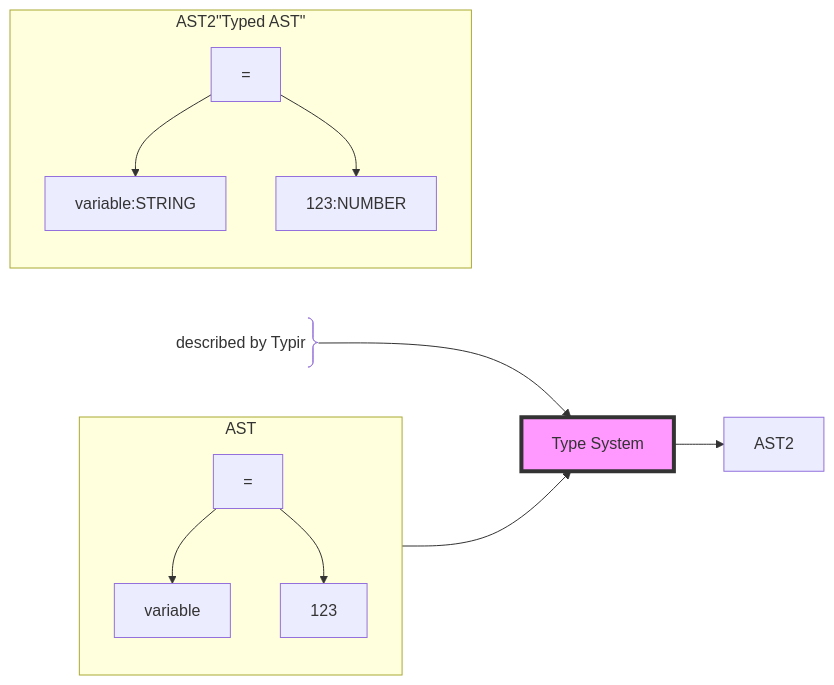
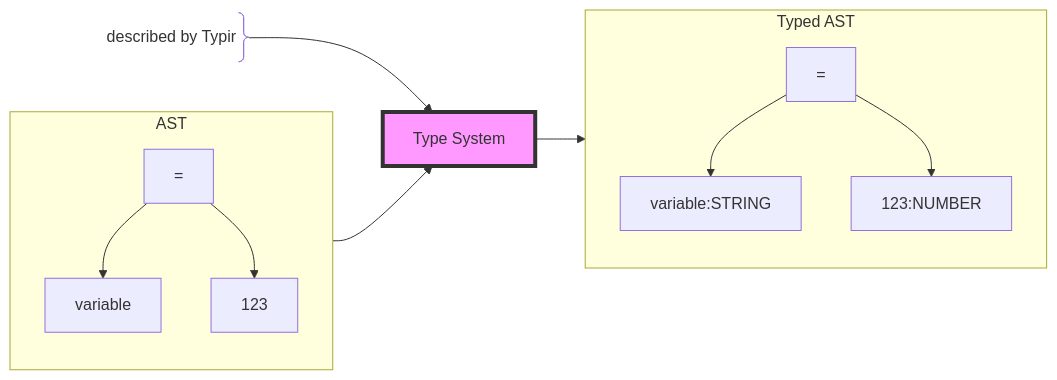
One commit to TypeFox/typir changed the fourth of 5 diagrams in examples/expression/README.md. Above: the diagram before and after it, drawn with Mermaid. The commit also changed other lines of this file, not shown here.

````diff
--- a/examples/expression/README.md
+++ b/examples/expression/README.md
@@ -83,22 +85,22 @@
 ```mermaid
 flowchart LR
     subgraph AST
         EE1[variable]
         EE2[=]
         EE3[123]
         EE2 --> EE1
         EE2 --> EE3
     end
     FF@{shape: brace-r, label: "described by Typir"} --> F
     AST --> F[Type System]
     F --> AST2
-    subgraph AST2"Typed AST"
+    subgraph AST2["Typed AST"]
         FF1[variable:STRING]
         FF2[=]
         FF3[123:NUMBER]
         FF2 --> FF1
         FF2 --> FF3
     end
 
     style F fill:#f9f,stroke:#333,stroke-width:4px
 ```
````
